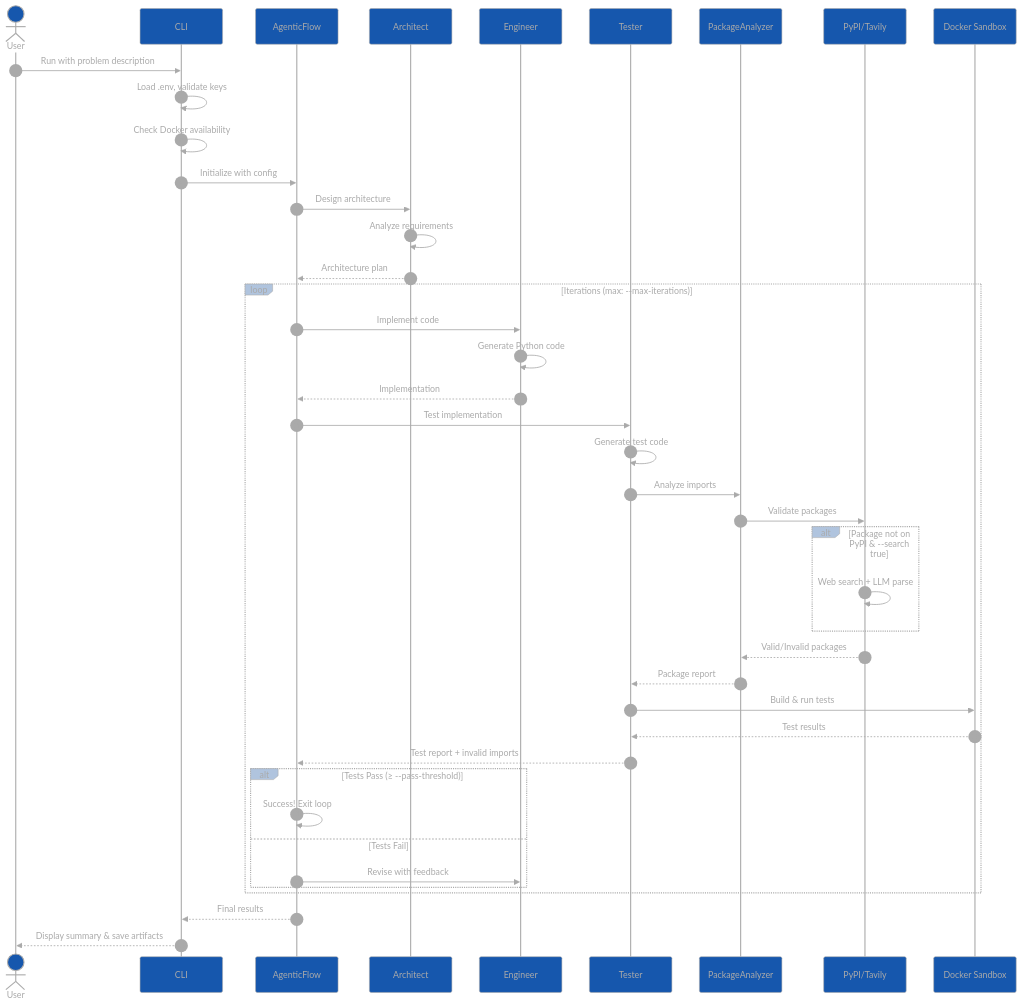
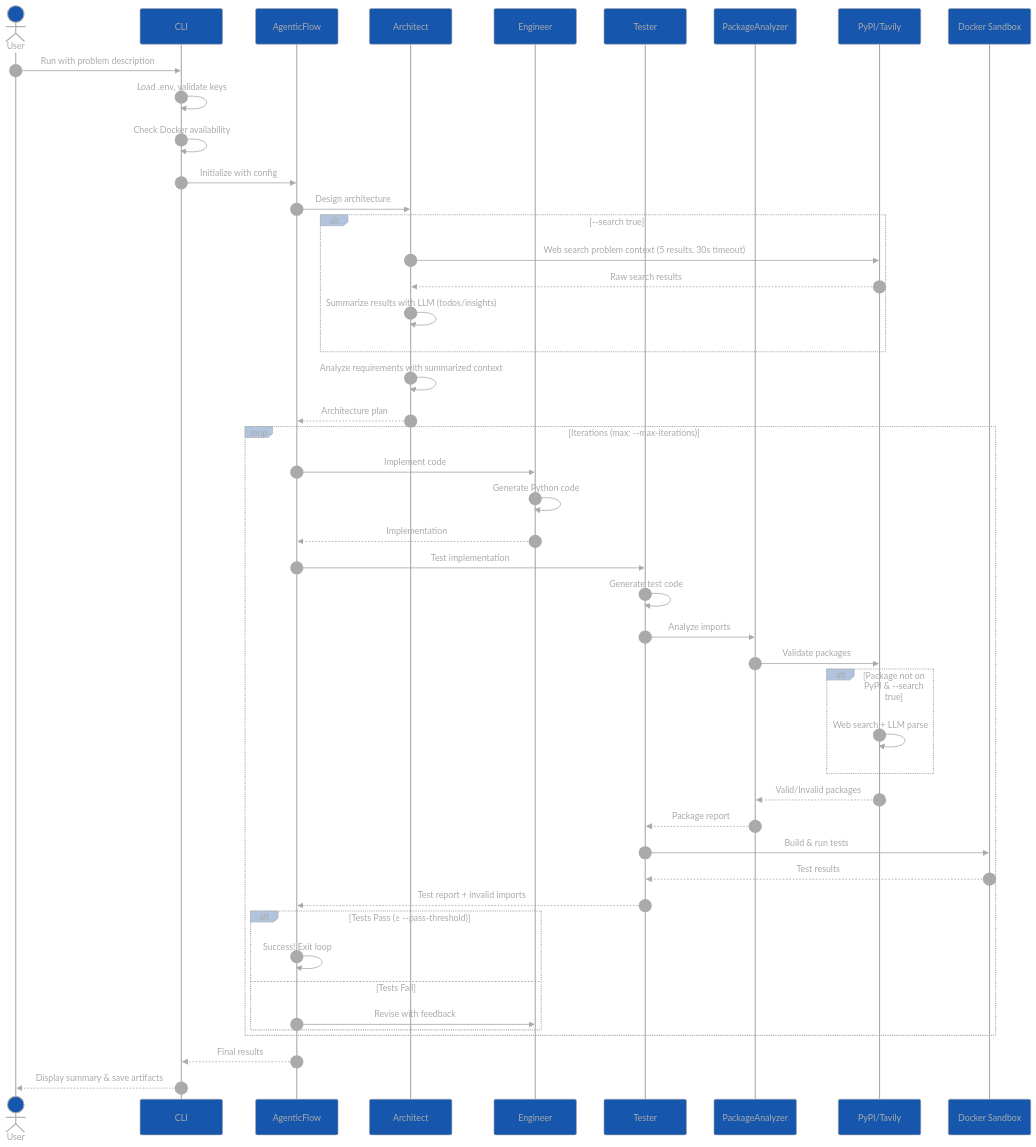
One commit to oshea00/codeagents changed the second of 2 diagrams in README.md. Above: the diagram before and after it, drawn with Mermaid. The commit also changed other lines of this file and 4 other files, not shown here.

````diff
--- a/README.md
+++ b/README.md
@@ -211,54 +212,59 @@
 ```mermaid
 %%{init: {'theme':'base', 'themeVariables': { 'actorBkg':'#1657AD','actorBorder':'#aaa','actorTextColor':'#aaa','actorLineColor':'#aaa','signalColor':'#aaa','signalTextColor':'#aaa','labelBoxBkgColor':'#B0C4DE','labelBoxBorderColor':'#aaa','loopTextColor':'#aaa','activationBorderColor':'#aaa','activationBkgColor':'#B0C4DE','sequenceNumberColor':'#aaa','noteBorderColor':'#aaa'}}}%%
 sequenceDiagram
     autonumber
     actor User
     participant CLI as CLI
     participant Flow as AgenticFlow
     participant Arch as Architect
     participant Eng as Engineer
     participant Test as Tester
     participant Analyzer as PackageAnalyzer
     participant PyPI as PyPI/Tavily
     participant Docker as Docker Sandbox
 
     User->>CLI: Run with problem description
     CLI->>CLI: Load .env, validate keys
     CLI->>CLI: Check Docker availability
     CLI->>Flow: Initialize with config
 
     Flow->>Arch: Design architecture
-    Arch->>Arch: Analyze requirements
+    alt --search true
+        Arch->>PyPI: Web search problem context (5 results, 30s timeout)
+        PyPI-->>Arch: Raw search results
+        Arch->>Arch: Summarize results with LLM (todos/insights)
+    end
+    Arch->>Arch: Analyze requirements with summarized context
     Arch-->>Flow: Architecture plan
 
     loop Iterations (max: --max-iterations)
         Flow->>Eng: Implement code
         Eng->>Eng: Generate Python code
         Eng-->>Flow: Implementation
 
         Flow->>Test: Test implementation
         Test->>Test: Generate test code
         Test->>Analyzer: Analyze imports
 
         Analyzer->>PyPI: Validate packages
         alt Package not on PyPI & --search true
             PyPI->>PyPI: Web search + LLM parse
         end
         PyPI-->>Analyzer: Valid/Invalid packages
 
         Analyzer-->>Test: Package report
         Test->>Docker: Build & run tests
         Docker-->>Test: Test results
 
         Test-->>Flow: Test report + invalid imports
 
         alt Tests Pass (≥ --pass-threshold)
             Flow->>Flow: Success! Exit loop
         else Tests Fail
             Flow->>Eng: Revise with feedback
         end
     end
 
     Flow-->>CLI: Final results
     CLI-->>User: Display summary & save artifacts
 ```
````
